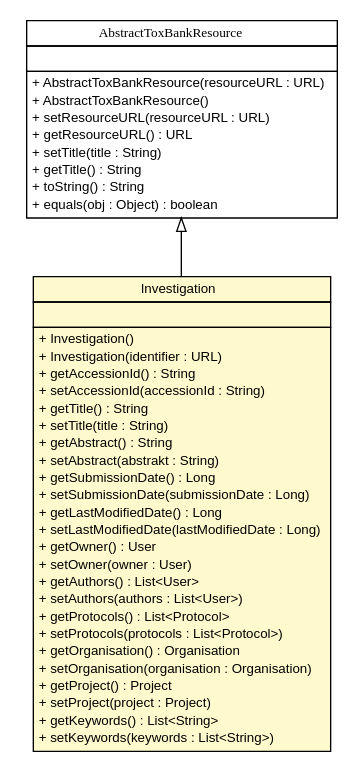
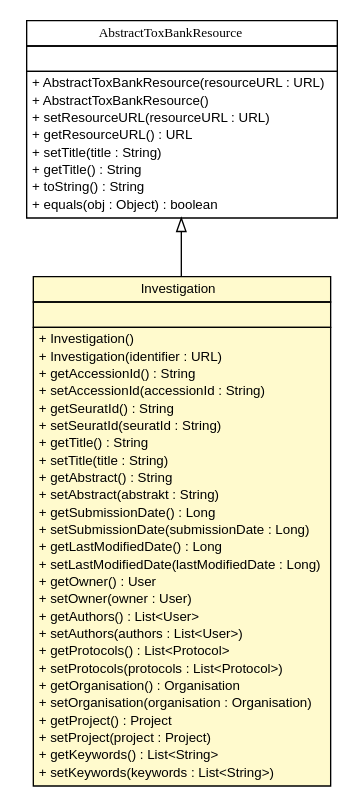
The diagram in apidocs/net/toxbank/client/resource/Investigation.dot (ToxBank/toxbank-api-beans), drawn with Graphviz before and after one commit. The commit also changed 249 other files, not shown here.

```diff
--- a/apidocs/net/toxbank/client/resource/Investigation.dot
+++ b/apidocs/net/toxbank/client/resource/Investigation.dot
@@ -1,66 +1,68 @@
 #!/usr/local/bin/dot
 #
 # Class diagram 
 # Generated by UmlGraph version 4.6 (http://www.spinellis.gr/sw/umlgraph)
 #
 
 digraph G {
 	edge [fontname="arial",fontsize=10,labelfontname="arial",labelfontsize=10];
 	node [fontname="arial",fontsize=10,shape=plaintext];
 	// net.toxbank.client.resource.Investigation
 	c1520 [label=<<table border="0" cellborder="1" cellspacing="0" cellpadding="2" port="p" bgcolor="lemonChiffon" href="./Investigation.html">
 		<tr><td><table border="0" cellspacing="0" cellpadding="1">
 			<tr><td> Investigation </td></tr>
 		</table></td></tr>
 		<tr><td><table border="0" cellspacing="0" cellpadding="1">
 			<tr><td align="left">  </td></tr>
 		</table></td></tr>
 		<tr><td><table border="0" cellspacing="0" cellpadding="1">
 			<tr><td align="left"> + Investigation() </td></tr>
 			<tr><td align="left"> + Investigation(identifier : URL) </td></tr>
 			<tr><td align="left"> + getAccessionId() : String </td></tr>
 			<tr><td align="left"> + setAccessionId(accessionId : String) </td></tr>
+			<tr><td align="left"> + getSeuratId() : String </td></tr>
+			<tr><td align="left"> + setSeuratId(seuratId : String) </td></tr>
 			<tr><td align="left"> + getTitle() : String </td></tr>
 			<tr><td align="left"> + setTitle(title : String) </td></tr>
 			<tr><td align="left"> + getAbstract() : String </td></tr>
 			<tr><td align="left"> + setAbstract(abstrakt : String) </td></tr>
 			<tr><td align="left"> + getSubmissionDate() : Long </td></tr>
 			<tr><td align="left"> + setSubmissionDate(submissionDate : Long) </td></tr>
 			<tr><td align="left"> + getLastModifiedDate() : Long </td></tr>
 			<tr><td align="left"> + setLastModifiedDate(lastModifiedDate : Long) </td></tr>
 			<tr><td align="left"> + getOwner() : User </td></tr>
 			<tr><td align="left"> + setOwner(owner : User) </td></tr>
 			<tr><td align="left"> + getAuthors() : List&lt;User&gt; </td></tr>
 			<tr><td align="left"> + setAuthors(authors : List&lt;User&gt;) </td></tr>
 			<tr><td align="left"> + getProtocols() : List&lt;Protocol&gt; </td></tr>
 			<tr><td align="left"> + setProtocols(protocols : List&lt;Protocol&gt;) </td></tr>
 			<tr><td align="left"> + getOrganisation() : Organisation </td></tr>
 			<tr><td align="left"> + setOrganisation(organisation : Organisation) </td></tr>
 			<tr><td align="left"> + getProject() : Project </td></tr>
 			<tr><td align="left"> + setProject(project : Project) </td></tr>
 			<tr><td align="left"> + getKeywords() : List&lt;String&gt; </td></tr>
 			<tr><td align="left"> + setKeywords(keywords : List&lt;String&gt;) </td></tr>
 		</table></td></tr>
 		</table>>, fontname="arial", fontcolor="black", fontsize=10.0];
 	// net.toxbank.client.resource.AbstractToxBankResource
 	c1527 [label=<<table border="0" cellborder="1" cellspacing="0" cellpadding="2" port="p" href="./AbstractToxBankResource.html">
 		<tr><td><table border="0" cellspacing="0" cellpadding="1">
 			<tr><td><font face="ariali"> AbstractToxBankResource </font></td></tr>
 		</table></td></tr>
 		<tr><td><table border="0" cellspacing="0" cellpadding="1">
 			<tr><td align="left">  </td></tr>
 		</table></td></tr>
 		<tr><td><table border="0" cellspacing="0" cellpadding="1">
 			<tr><td align="left"> + AbstractToxBankResource(resourceURL : URL) </td></tr>
 			<tr><td align="left"> + AbstractToxBankResource() </td></tr>
 			<tr><td align="left"> + setResourceURL(resourceURL : URL) </td></tr>
 			<tr><td align="left"> + getResourceURL() : URL </td></tr>
 			<tr><td align="left"> + setTitle(title : String) </td></tr>
 			<tr><td align="left"> + getTitle() : String </td></tr>
 			<tr><td align="left"> + toString() : String </td></tr>
 			<tr><td align="left"> + equals(obj : Object) : boolean </td></tr>
 		</table></td></tr>
 		</table>>, fontname="arial", fontcolor="black", fontsize=10.0];
 	//net.toxbank.client.resource.Investigation extends net.toxbank.client.resource.AbstractToxBankResource
 	c1527:p -> c1520:p [dir=back,arrowtail=empty];
 }
```
